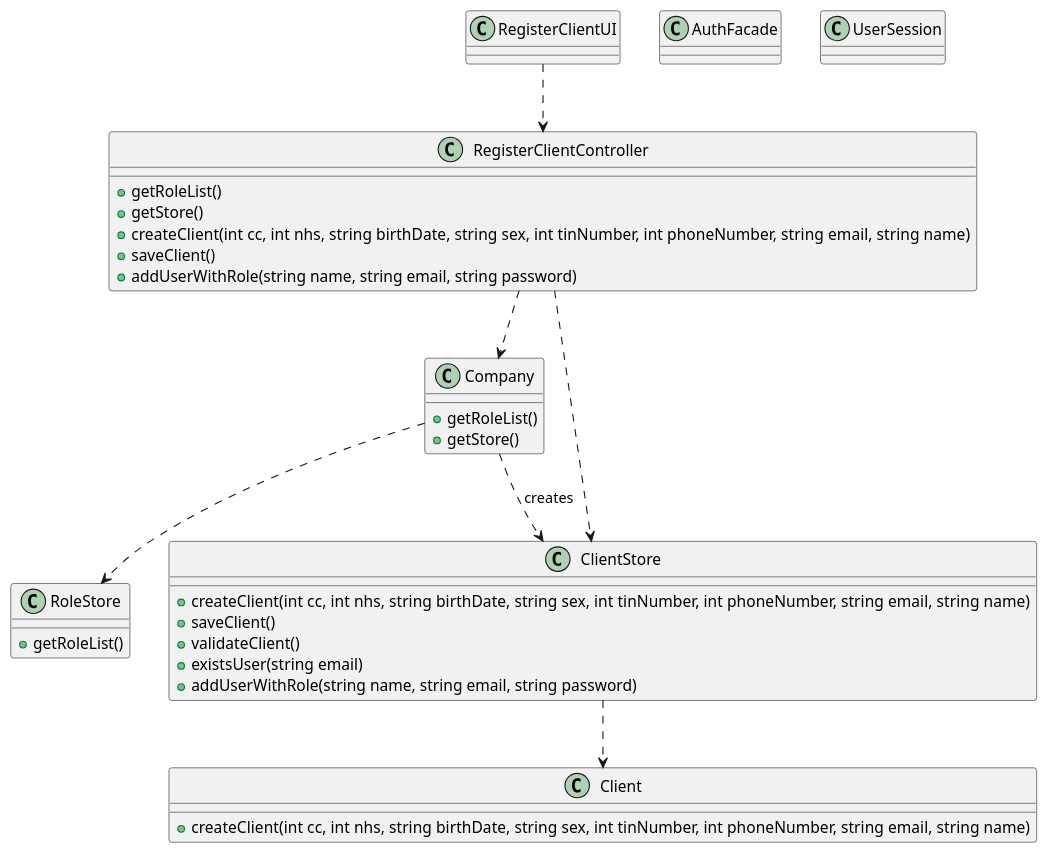
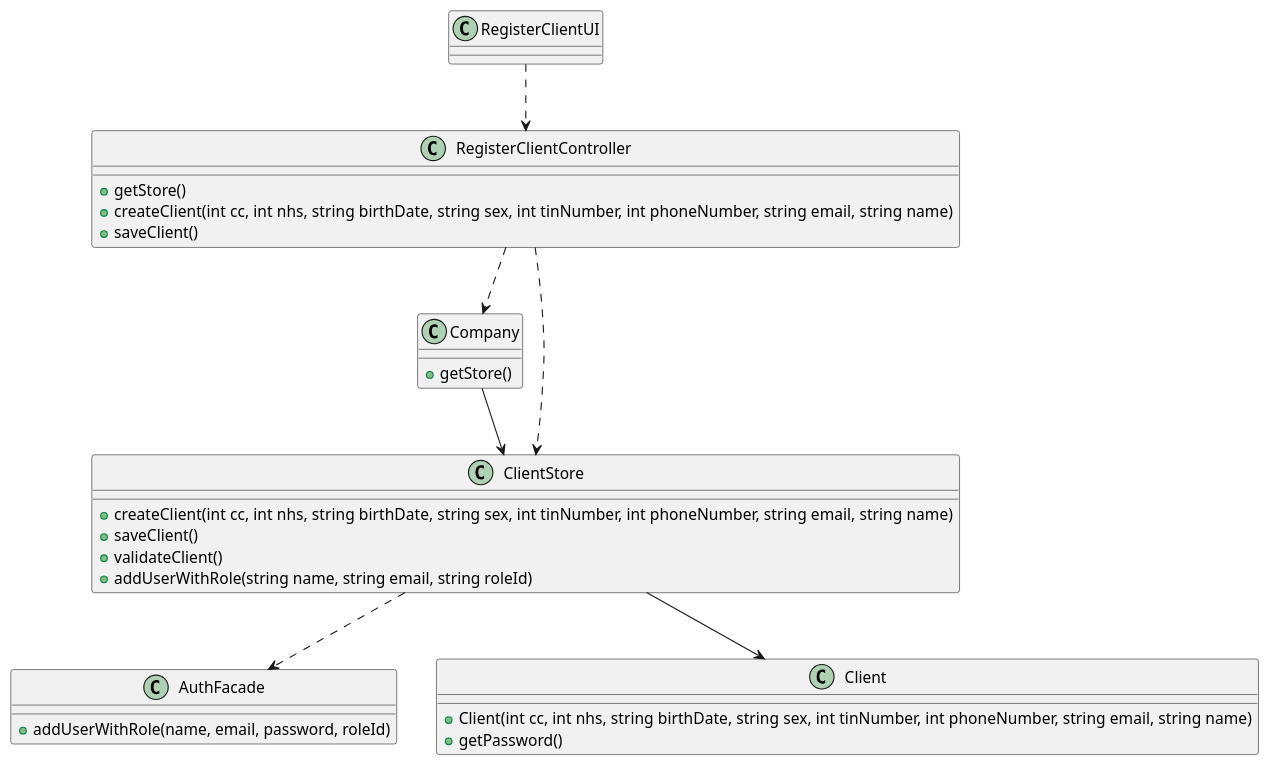
The diagram in docs/SprintB/US03/US3_CD.puml (MarianaCLages/LAPR2), drawn with PlantUML before and after one commit. The commit also changed 16 other files, not shown here.

```diff
--- a/docs/SprintB/US03/US3_CD.puml
+++ b/docs/SprintB/US03/US3_CD.puml
@@ -1,48 +1,41 @@
 @startuml
 
 class RegisterClientUI{
 }
 
 class RegisterClientController{
-    + getRoleList()
     + getStore()
     + createClient(int cc, int nhs, string birthDate, string sex, int tinNumber, int phoneNumber, string email, string name)
     + saveClient()
-    + addUserWithRole(string name, string email, string password)
 }
 
 class AuthFacade{
+    +addUserWithRole(name, email, password, roleId)
 }
 
-class UserSession{
-}
 
 class Company{
-    + getRoleList()
     + getStore()
 }
 
 class Client{
-    + createClient(int cc, int nhs, string birthDate, string sex, int tinNumber, int phoneNumber, string email, string name)
+    + Client(int cc, int nhs, string birthDate, string sex, int tinNumber, int phoneNumber, string email, string name)
+    + getPassword()
 }
 
 class ClientStore{
     + createClient(int cc, int nhs, string birthDate, string sex, int tinNumber, int phoneNumber, string email, string name)
     + saveClient()
     + validateClient()
-    + existsUser(string email)
-    + addUserWithRole(string name, string email, string password)
+    + addUserWithRole(string name, string email, string roleId)
 }
 
-class RoleStore{
-    + getRoleList()
-}
 
 RegisterClientUI ..> RegisterClientController
 RegisterClientController ..> Company
 RegisterClientController ..> ClientStore
-ClientStore ..> Client
-Company ..> ClientStore: creates
-Company ..> RoleStore
+Company --> ClientStore
 
+ClientStore --> Client
+ClientStore ..> AuthFacade
 @enduml
```
